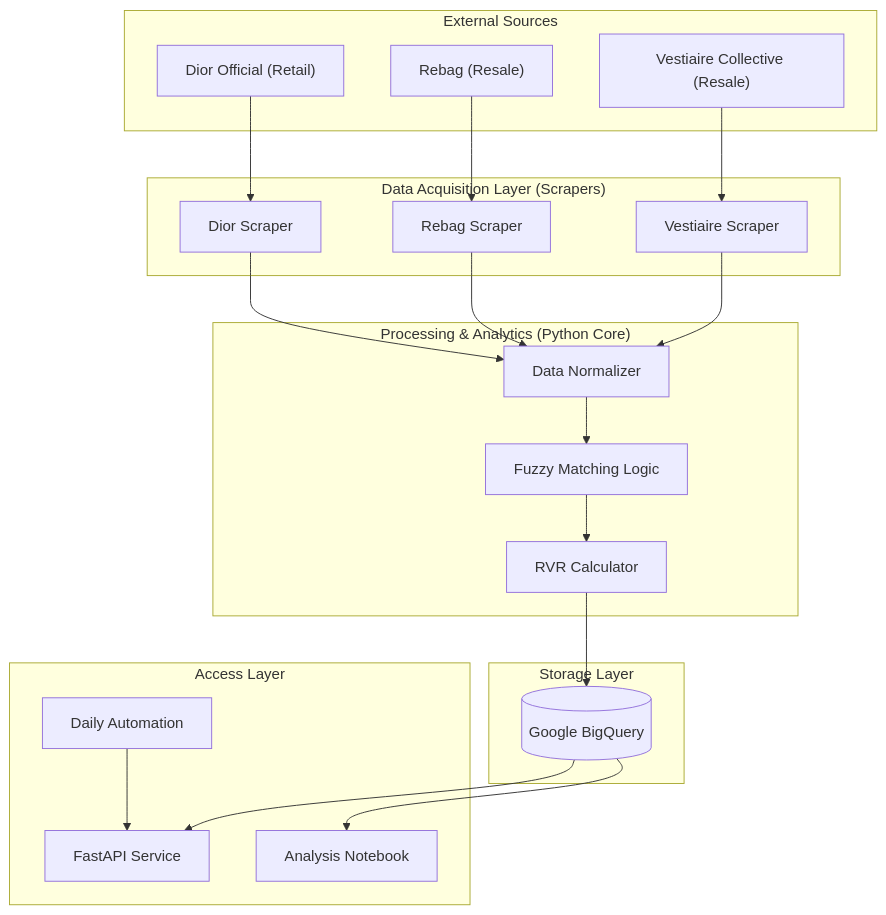
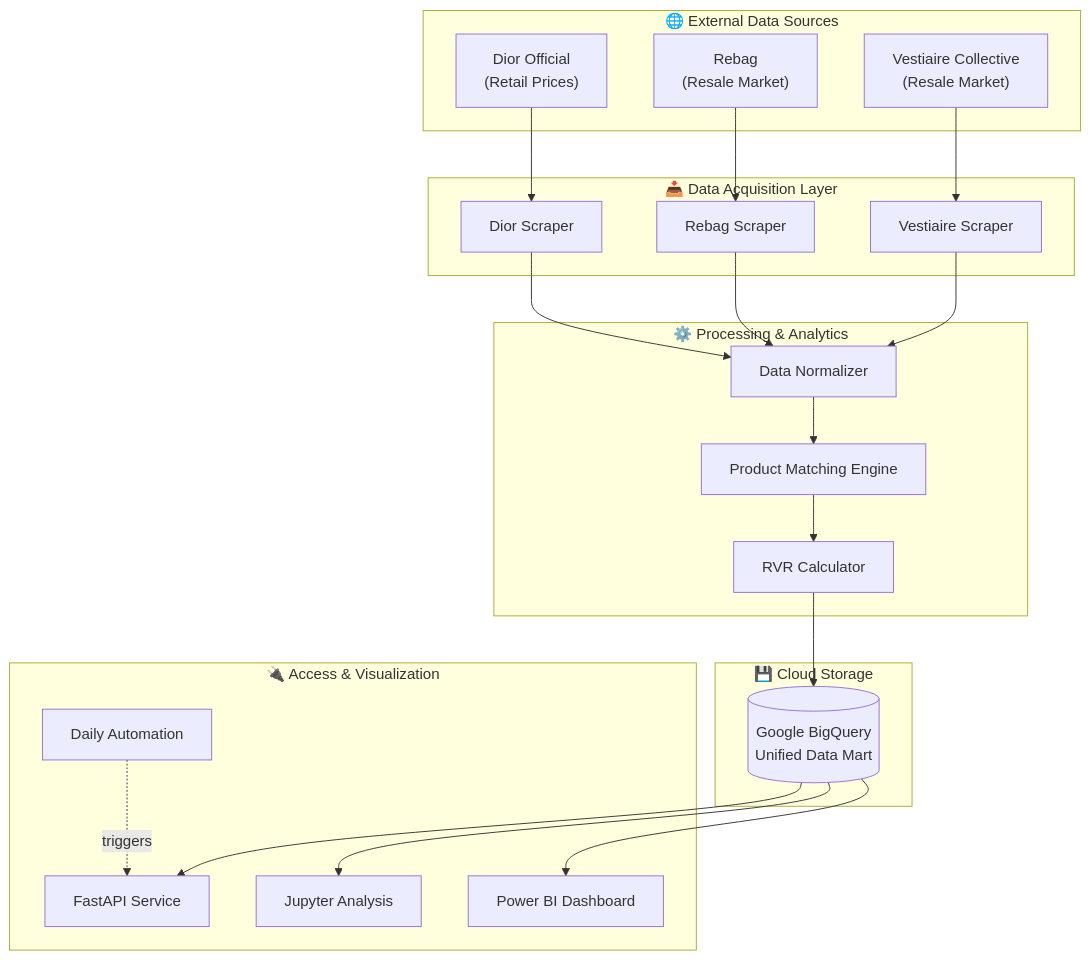
One commit to Loicmasioni/Business_Data_Management_EDHEC_2026_DIOR changed the diagram in README.md. Above: the diagram before and after it, drawn with Mermaid. The commit also changed other lines of this file, not shown here.

````diff
--- a/README.md
+++ b/README.md
@@ -12,44 +12,50 @@
 ```mermaid
-graph TD
-    subgraph "External Sources"
-        Dior["Dior Official (Retail)"]
-        Rebag["Rebag (Resale)"]
-        Vestiaire["Vestiaire Collective (Resale)"]
+graph TB
+    subgraph Sources["🌐 External Data Sources"]
+        Dior["Dior Official<br/>(Retail Prices)"]
+        Rebag["Rebag<br/>(Resale Market)"]
+        Vestiaire["Vestiaire Collective<br/>(Resale Market)"]
     end
 
-    subgraph "Data Acquisition Layer (Scrapers)"
+    subgraph Scrapers["📥 Data Acquisition Layer"]
         DS[Dior Scraper]
         RS[Rebag Scraper]
         VS[Vestiaire Scraper]
     end
 
-    subgraph "Processing & Analytics (Python Core)"
+    subgraph Processing["⚙️ Processing & Analytics"]
         Normalizer[Data Normalizer]
-        Matcher[Fuzzy Matching Logic]
+        Matcher[Product Matching Engine]
         RVR[RVR Calculator]
     end
 
-    subgraph "Storage Layer"
-        BQ[(Google BigQuery)]
+    subgraph Storage["💾 Cloud Storage"]
+        BQ[(Google BigQuery<br/>Unified Data Mart)]
     end
 
-    subgraph "Access Layer"
+    subgraph Access["🔌 Access & Visualization"]
         API[FastAPI Service]
-        Notebook[Analysis Notebook]
+        Notebook[Jupyter Analysis]
+        PowerBI[Power BI Dashboard]
         Scheduler[Daily Automation]
     end
 
-    %% Flow
+    %% Data Flow
     Dior --> DS
     Rebag --> RS
     Vestiaire --> VS
 
-    DS & RS & VS --> Normalizer
+    DS --> Normalizer
+    RS --> Normalizer
+    VS --> Normalizer
+    
     Normalizer --> Matcher
     Matcher --> RVR
     RVR --> BQ
     
     BQ --> API
     BQ --> Notebook
-    Scheduler --> API
+    BQ --> PowerBI
+    
+    Scheduler -.triggers.-> API
 ```
````
